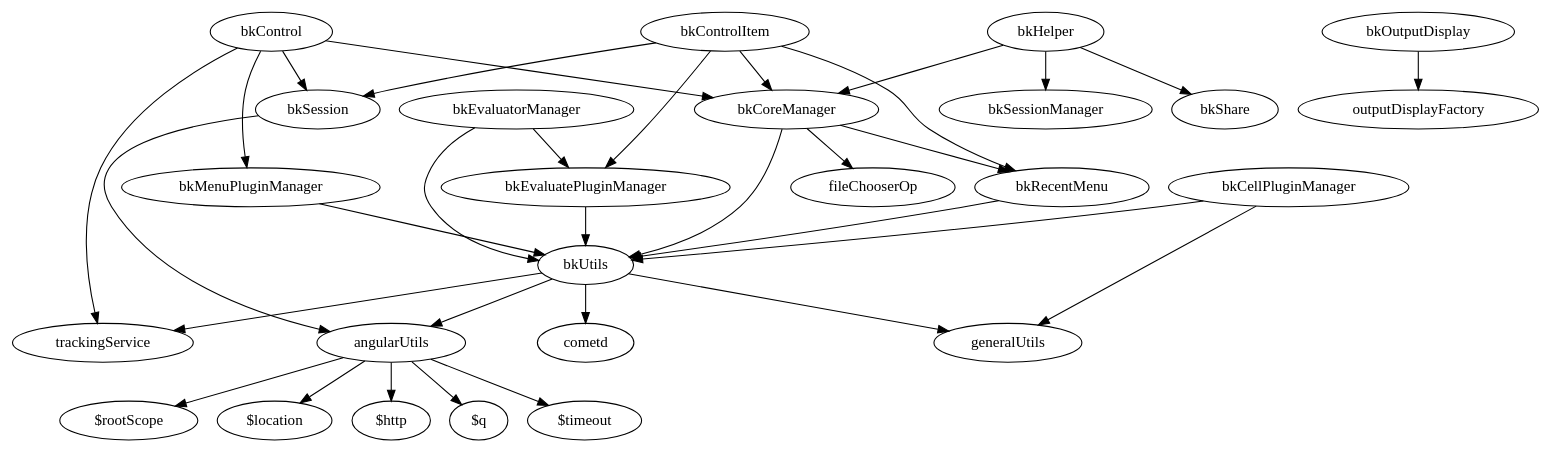
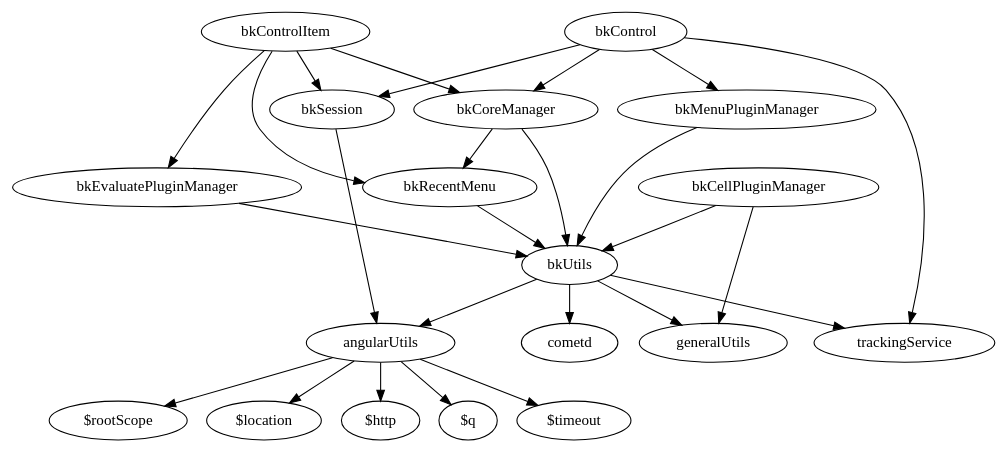
One commit to anglee/hello changed the diagram in bkControl.dot. Above: the diagram before and after it, drawn with Graphviz. The commit also changed 8 other files, not shown here.

```diff
--- a/bkControl.dot
+++ b/bkControl.dot
@@ -1,47 +1,37 @@
 digraph G {
   angularUtils -> "$rootScope";
   angularUtils -> "$location";
   angularUtils -> "$http";
   angularUtils -> "$q";
   angularUtils -> "$timeout";
 
   bkCellPluginManager -> bkUtils;
   bkCellPluginManager -> generalUtils;
 
   bkControl -> bkCoreManager;
   bkControl -> bkSession;
   bkControl -> bkMenuPluginManager;
   bkControl -> trackingService;
 
   bkControlItem -> bkSession;
   bkControlItem -> bkCoreManager;
   bkControlItem -> bkRecentMenu;
   bkControlItem -> bkEvaluatePluginManager;
 
   bkCoreManager -> bkUtils;
   bkCoreManager -> bkRecentMenu;
-  bkCoreManager -> fileChooserOp;
 
   bkEvaluatePluginManager -> bkUtils;
 
-  bkEvaluatorManager -> bkUtils;
-  bkEvaluatorManager -> bkEvaluatePluginManager;
-
-  bkHelper -> bkSessionManager;
-  bkHelper -> bkCoreManager;
-  bkHelper -> bkShare;
-
   bkMenuPluginManager -> bkUtils;
-
-  bkOutputDisplay -> "outputDisplayFactory";
 
   bkRecentMenu -> bkUtils;
 
   bkSession -> angularUtils;
 
   bkUtils -> generalUtils;
   bkUtils -> angularUtils;
   bkUtils -> trackingService;
   bkUtils -> cometd;
 
 }
```
